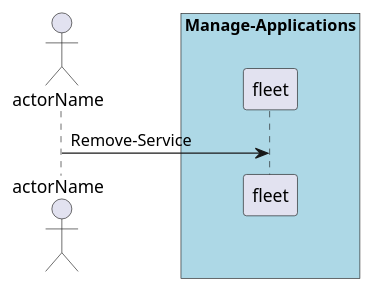
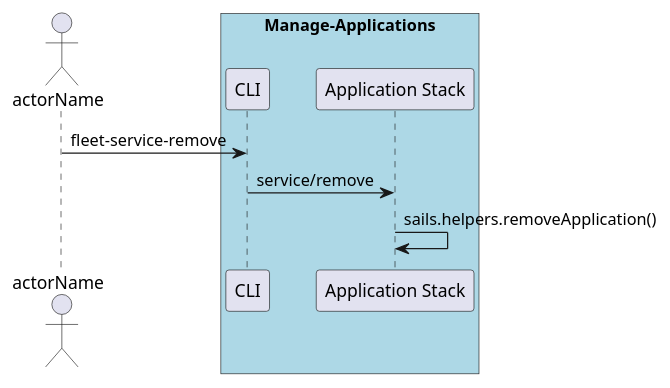
One commit to CAADE/fleet changed the diagram in docs/UseCases/Manage-Applications/Remove-Service.puml. Above: the diagram before and after it, drawn with PlantUML. The commit also changed 46 other files, not shown here.

```diff
--- a/docs/UseCases/Manage-Applications/Remove-Service.puml
+++ b/docs/UseCases/Manage-Applications/Remove-Service.puml
@@ -1,9 +1,12 @@
 @startuml
 Actor "actorName" as A
 
 box "Manage-Applications" #lightblue
-participant "fleet" as S
-A -> S : Remove-Service
+participant "CLI" as S
+A -> S : fleet-service-remove
+participant "Application Stack" as AS
+S -> AS : service/remove
+AS -> AS : sails.helpers.removeApplication()
 end box
 
 @enduml
```
